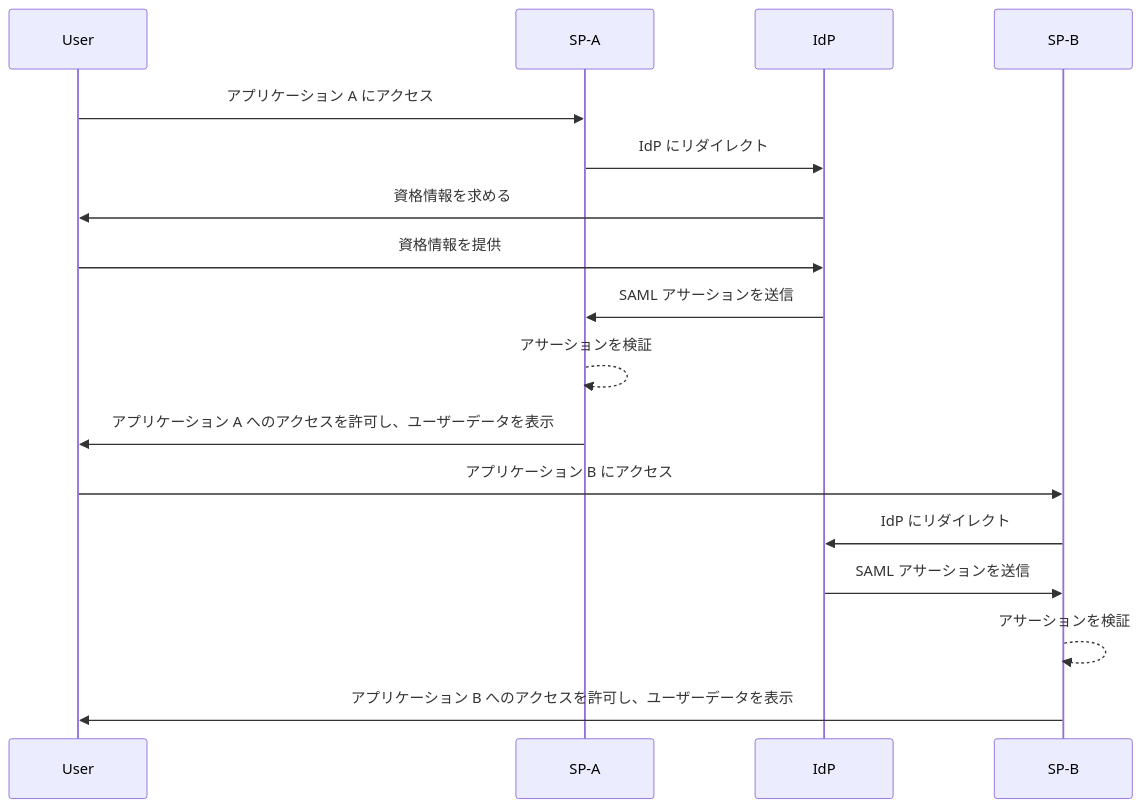
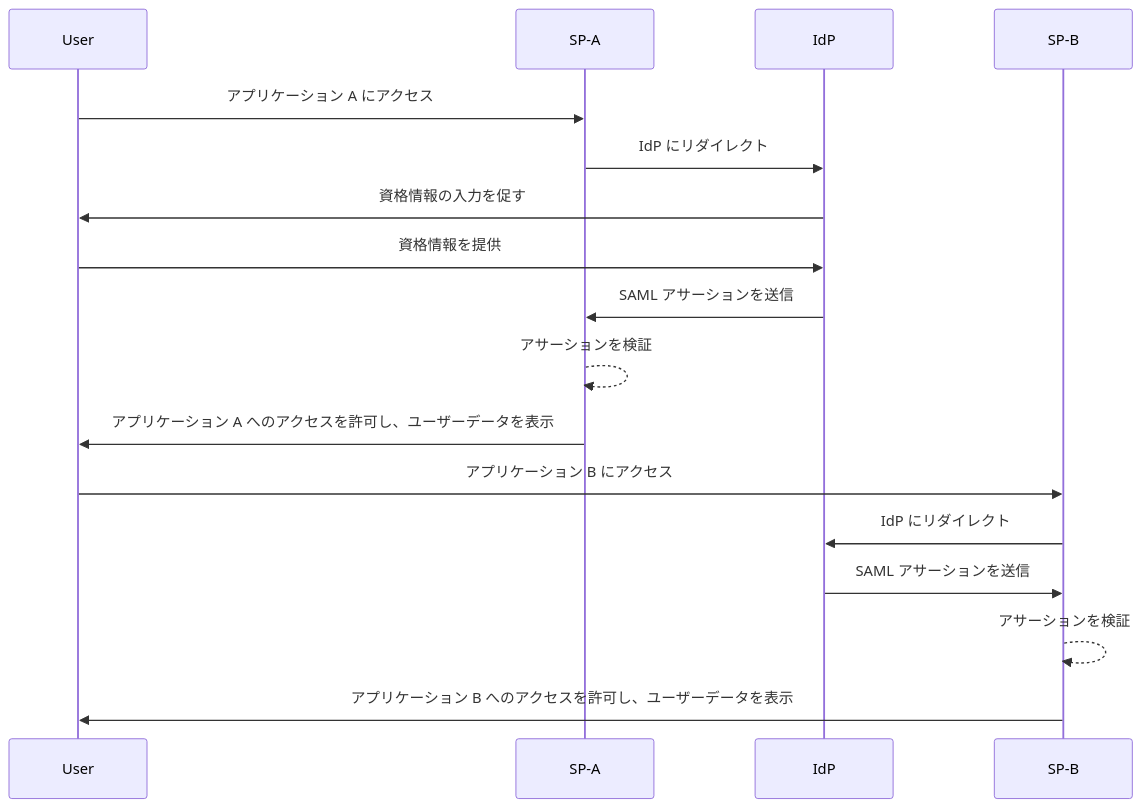
One commit to logto-io/auth-wiki changed the first of 2 diagrams in src/content/terms/ja/single-sign-on.mdx. Above: the diagram before and after it, drawn with Mermaid. The commit also changed other lines of this file and 8 other files, not shown here.

````diff
--- a/src/content/terms/ja/single-sign-on.mdx
+++ b/src/content/terms/ja/single-sign-on.mdx
@@ -29,20 +31,20 @@
 ```mermaid
 sequenceDiagram
     participant User
     participant SP-A
     participant IdP
     participant SP-B
 
     User->>SP-A: アプリケーション A にアクセス
     SP-A->>IdP: IdP にリダイレクト
-    IdP->>User: 資格情報を求める
+    IdP->>User: 資格情報の入力を促す
     User->>IdP: 資格情報を提供
     IdP->>SP-A: SAML アサーションを送信
     SP-A-->>SP-A: アサーションを検証
     SP-A->>User: アプリケーション A へのアクセスを許可し、ユーザーデータを表示
     User->>SP-B: アプリケーション B にアクセス
     SP-B->>IdP: IdP にリダイレクト
     IdP->>SP-B: SAML アサーションを送信
     SP-B-->>SP-B: アサーションを検証
     SP-B->>User: アプリケーション B へのアクセスを許可し、ユーザーデータを表示
 ```
````
